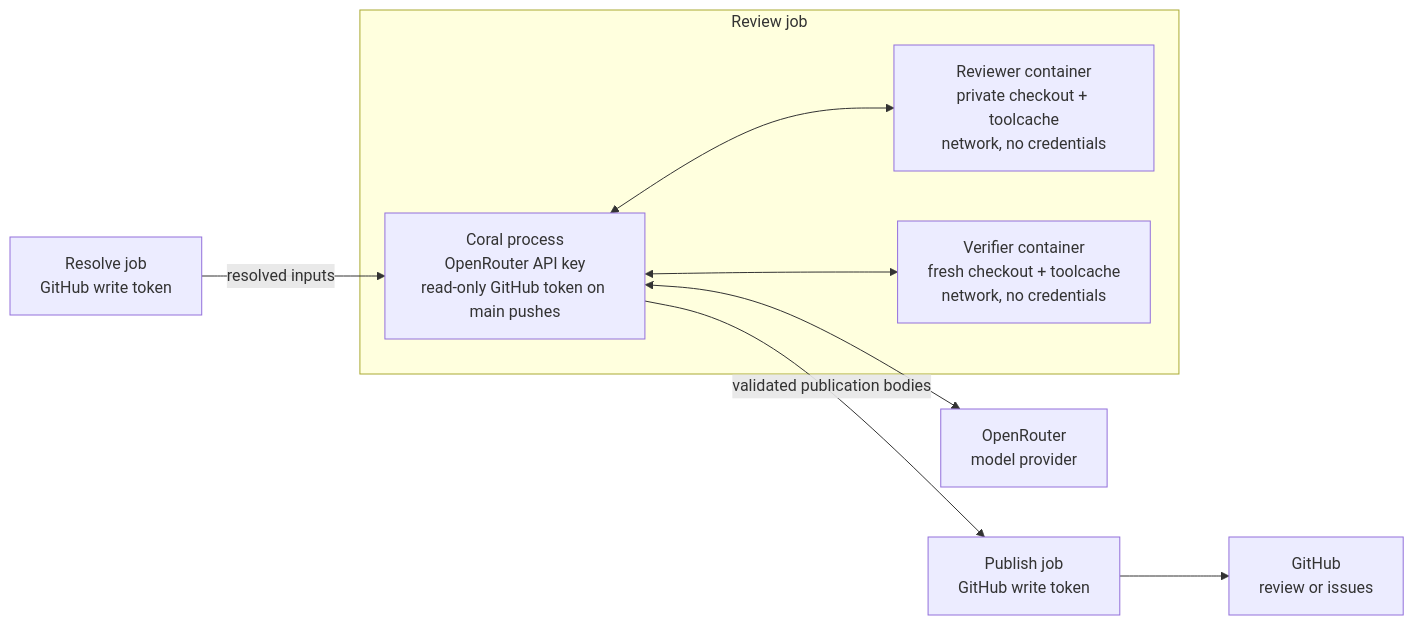
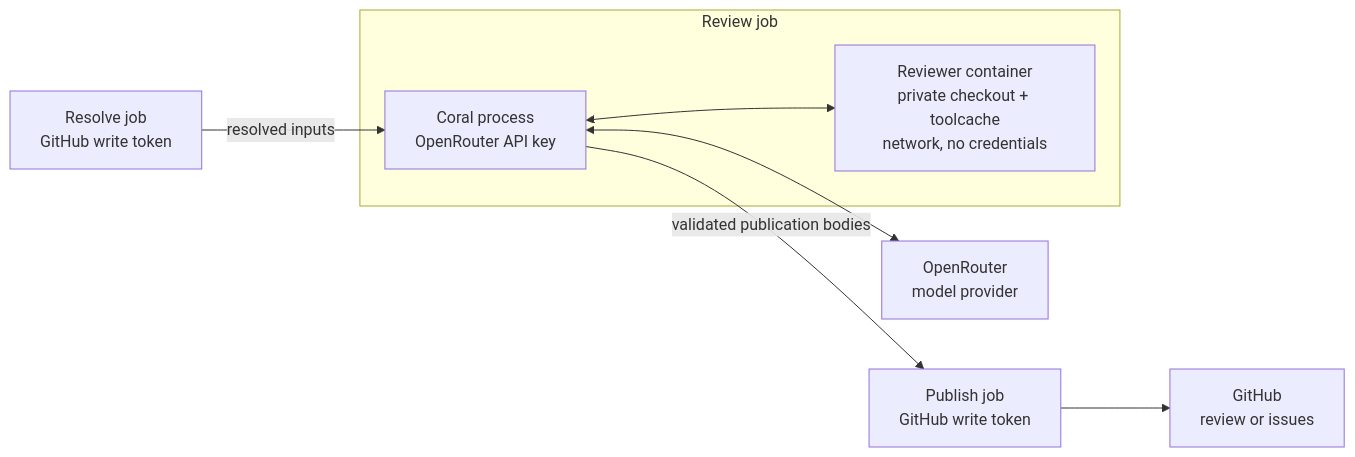
The diagram in docs/diagrams/credential-boundaries.mmd (kkestell/coral), drawn with Mermaid before and after one commit. The commit also changed 30 other files, not shown here.

First line of the commit message:
Make Coral a quick read-only review with one agent run

```diff
--- a/docs/diagrams/credential-boundaries.mmd
+++ b/docs/diagrams/credential-boundaries.mmd
@@ -1,20 +1,18 @@
 flowchart LR
     resolve["Resolve job<br/>GitHub write token"]
 
     subgraph review_job["Review job"]
-        orchestrator["Coral process<br/>OpenRouter API key<br/>read-only GitHub token on main pushes"]
+        orchestrator["Coral process<br/>OpenRouter API key"]
         reviewer["Reviewer container<br/>private checkout + toolcache<br/>network, no credentials"]
-        verifier["Verifier container<br/>fresh checkout + toolcache<br/>network, no credentials"]
 
         orchestrator <--> reviewer
-        orchestrator <--> verifier
     end
 
     publish["Publish job<br/>GitHub write token"]
     github["GitHub<br/>review or issues"]
     openrouter["OpenRouter<br/>model provider"]
 
     resolve -->|resolved inputs| orchestrator
     orchestrator <--> openrouter
     orchestrator -->|validated publication bodies| publish
     publish --> github
```
